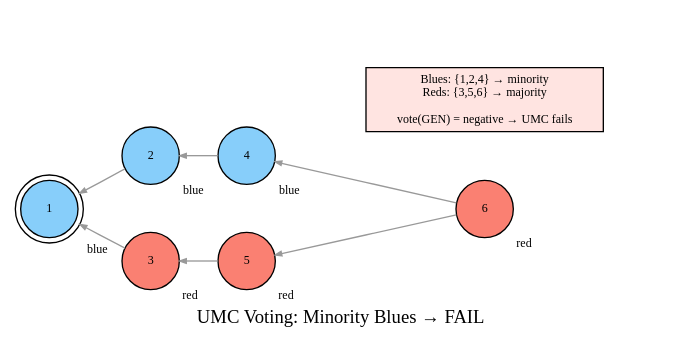
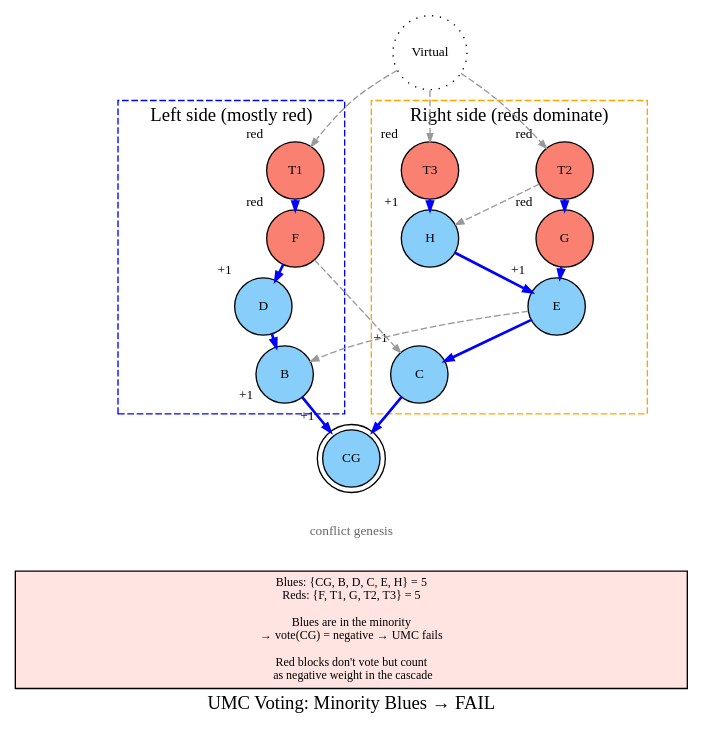
Before and after one commit to coderofstuff/dk-wiki: the diagram in dot/08-umc-minority.dot, drawn with Graphviz. The commit also changed 12 other files, not shown here.

Commit message:
Initial better images based on standard graph

```diff
--- a/dot/08-umc-minority.dot
+++ b/dot/08-umc-minority.dot
@@ -1,29 +1,67 @@
 digraph umc_minority_fail {
-    rankdir=RL;
-    nodesep=0.5;
-    ranksep=0.4;
-    node [shape=circle, style=filled, fontsize=9, width=0.6, height=0.6];
-    edge [arrowsize=0.5, color=gray60];
+    rankdir=TB;
+    nodesep=0.8;
+    ranksep=0.1;
+    node [shape=circle, style=filled, fontsize=10, width=0.6, height=0.6];
+    edge [arrowsize=0.6, color=gray60];
 
     label="UMC Voting: Minority Blues → FAIL";
 
-    GEN [label="1", fillcolor=lightskyblue, shape=doublecircle, xlabel="blue"];
-    B2 [label="2", fillcolor=lightskyblue, xlabel="blue"];
-    B3 [label="3", fillcolor=salmon, xlabel="red"];
-    B4 [label="4", fillcolor=lightskyblue, xlabel="blue"];
-    B5 [label="5", fillcolor=salmon, xlabel="red"];
-    B6 [label="6", fillcolor=salmon, xlabel="red"];
+    CG [label="CG", fillcolor=lightskyblue, shape=doublecircle, xlabel="+1"];
 
-    // Edges point backwards (newer → older)
-    B6 -> B4;
-    B6 -> B5;
-    B4 -> B2;
-    B5 -> B3;
-    B2 -> GEN;
-    B3 -> GEN;
+    Virtual [label="Virtual", shape=circle, style=dotted, fillcolor=lightskyblue];
 
-    subgraph cluster_result {
-        style=invis;
-        RESULT [label="Blues: {1,2,4} → minority\nReds: {3,5,6} → majority\n\nvote(GEN) = negative → UMC fails", shape=box, style=filled, fillcolor=mistyrose, fontsize=9];
+    subgraph cluster_left {
+        label="Left side (mostly red)";
+        labelloc=t;
+        style="dashed";
+        color=blue;
+        B [label="B", fillcolor=lightskyblue, xlabel="+1"];
+        D [label="D", fillcolor=lightskyblue, xlabel="+1"];
+        F [label="F", fillcolor=salmon, xlabel="red"];
+        T1 [label="T1", fillcolor=salmon, xlabel="red"];
     }
+
+    subgraph cluster_right {
+        label="Right side (reds dominate)";
+        labelloc=t;
+        style="dashed";
+        color=orange;
+        C [label="C", fillcolor=lightskyblue, xlabel="+1"];
+        E [label="E", fillcolor=lightskyblue, xlabel="+1"];
+        G [label="G", fillcolor=salmon, xlabel="red"];
+        T2 [label="T2", fillcolor=salmon, xlabel="red"];
+        H [label="H", fillcolor=lightskyblue, xlabel="+1"];
+        T3 [label="T3", fillcolor=salmon, xlabel="red"];
+    }
+
+    CG_lbl [label="conflict genesis", shape=plaintext, style=filled, fillcolor=none, fontsize=10, fontcolor=gray40, width=0];
+
+    NOTE [label="Blues: {CG, B, D, C, E, H} = 5\nReds: {F, T1, G, T2, T3} = 5\n\nBlues are in the minority\n→ vote(CG) = negative → UMC fails\n\nRed blocks don't vote but count\n  as negative weight in the cascade", shape=box, style=filled, fillcolor=mistyrose, fontsize=9, width=7];
+
+    // Chain-parent edges
+    D -> B [color=blue, penwidth=2.0];
+    F -> D [color=blue, penwidth=2.0];
+    T1 -> F [color=blue, penwidth=2.0];
+    E -> C [color=blue, penwidth=2.0];
+    G -> E [color=blue, penwidth=2.0];
+    T2 -> G [color=blue, penwidth=2.0];
+    H -> E [color=blue, penwidth=2.0];
+    T3 -> H [color=blue, penwidth=2.0];
+
+    B -> CG [color=blue, penwidth=2.0];
+    C -> CG [color=blue, penwidth=2.0];
+
+    // Cross edges
+    T2 -> H [color=gray60, penwidth=1.0, style=dashed];
+    F -> C [color=gray60, penwidth=1.0, style=dashed];
+    E -> B [color=gray60, penwidth=1.0, style=dashed];
+
+    CG -> CG_lbl [style=invis];
+    CG_lbl -> NOTE [style=invis];
+
+    Virtual -> T1 [color=gray60, penwidth=1.0, style=dashed];
+    Virtual -> T2 [color=gray60, penwidth=1.0, style=dashed];
+    Virtual -> T3 [color=gray60, penwidth=1.0, style=dashed];
+
 }
```
